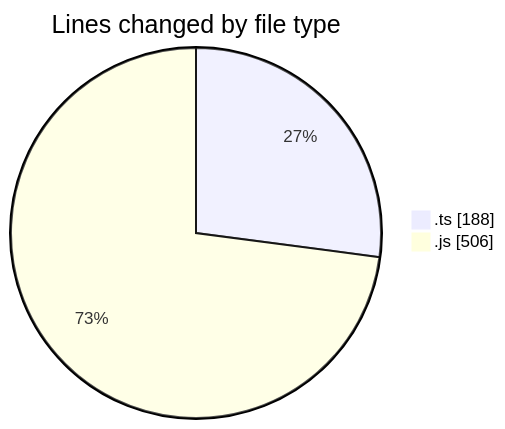
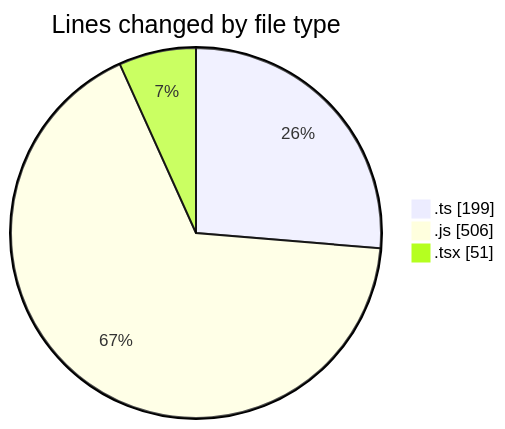
Before and after one commit to momahboobian/code-tracking: the first of 2 diagrams in 2025-03-12/cda/README.md, drawn with Mermaid. The commit also changed other lines of this file and 1 other file, not shown here.

````diff
--- a/2025-03-12/cda/README.md
+++ b/2025-03-12/cda/README.md
@@ -25,6 +27,7 @@
 ```mermaid
 pie showData
 title Lines changed by file type
-".ts" : 188
+".ts" : 199
 ".js" : 506
+".tsx" : 51
 ```
````
